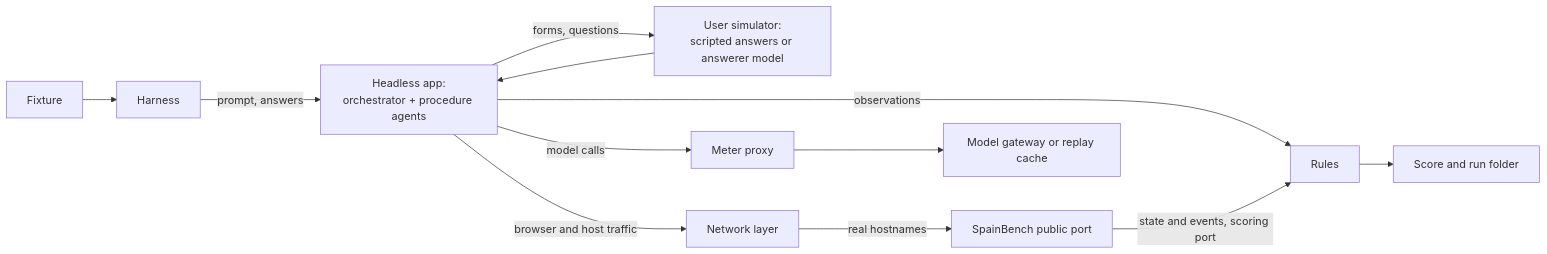
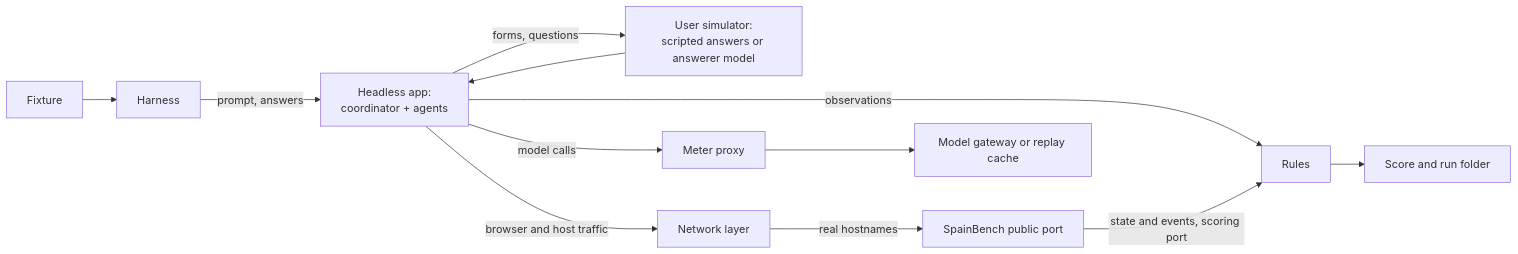
One commit to MeLlamoPablo/SpainAssist changed the diagram in docs/EVAL.md. Above: the diagram before and after it, drawn with Mermaid. The commit also changed other lines of this file and 190 other files, not shown here.

````diff
--- a/docs/EVAL.md
+++ b/docs/EVAL.md
@@ -21,14 +21,14 @@
 ```mermaid
 flowchart LR
   F[Fixture] --> H[Harness]
-  H -->|prompt, answers| A[Headless app:<br/>orchestrator + procedure agents]
+  H -->|prompt, answers| A[Headless app:<br/>coordinator + agents]
   A -->|forms, questions| U[User simulator:<br/>scripted answers or answerer model]
   U --> A
   A -->|browser and host traffic| N[Network layer]
   N -->|real hostnames| SB[SpainBench public port]
   A -->|model calls| M[Meter proxy]
   M --> G[Model gateway or replay cache]
   A -->|observations| R[Rules]
   SB -->|state and events, scoring port| R
   R --> S[Score and run folder]
 ```
````
